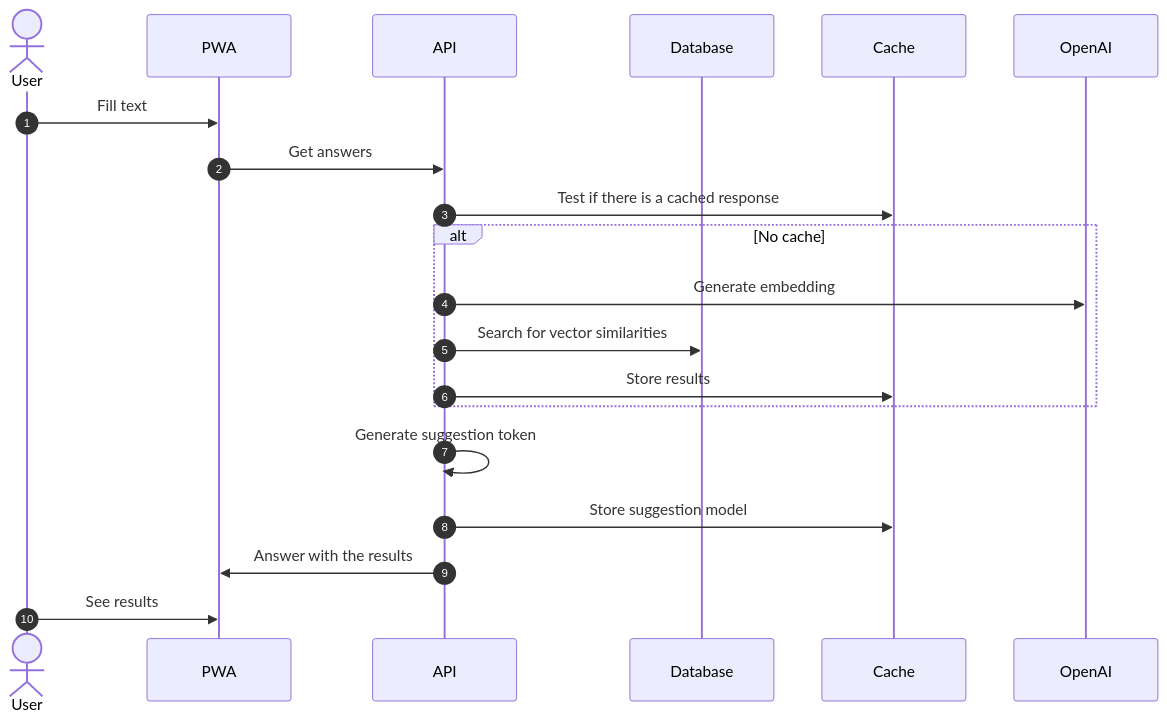
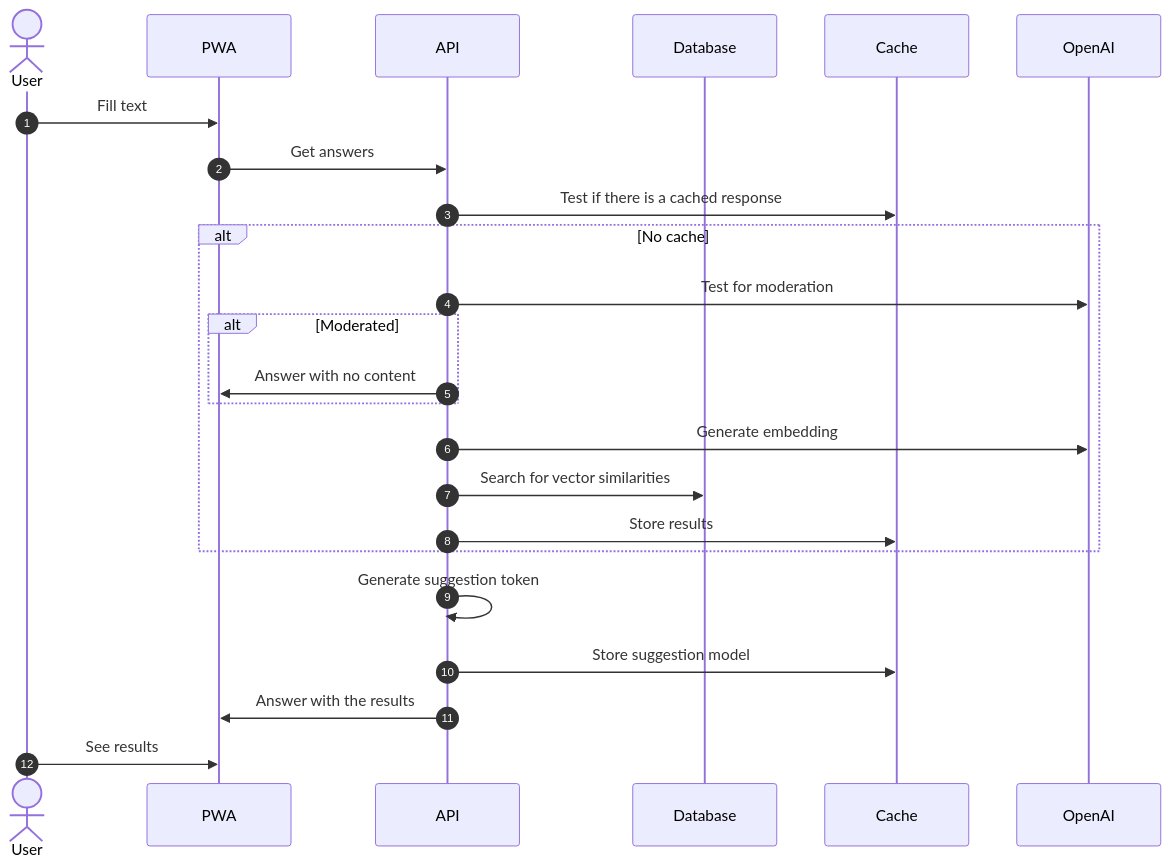
Before and after one commit to clemlesne/moaw-search: the third of 3 diagrams in README.md, drawn with Mermaid. The commit also changed other lines of this file and 3 other files, not shown here.

Commit message:
Feat: Moderation test before answering

````diff
--- a/README.md
+++ b/README.md
@@ -96,27 +99,31 @@
 ```mermaid
 sequenceDiagram
     autonumber
 
     actor User
     participant PWA
     participant API
     participant Database
     participant Cache
     participant OpenAI
 
     User ->> PWA: Fill text
     PWA ->> API: Get answers
     API ->> Cache: Test if there is a cached response
 
     alt No cache
+        API ->> OpenAI: Test for moderation
+        alt Moderated
+          API ->> PWA: Answer with no content
+        end
         API ->> OpenAI: Generate embedding
         API ->> Database: Search for vector similarities
         API ->> Cache: Store results
     end
 
     API ->> API: Generate suggestion token
     API ->> Cache: Store suggestion model
     API ->> PWA: Answer with the results
 
     User ->> PWA: See results
 ```
````
